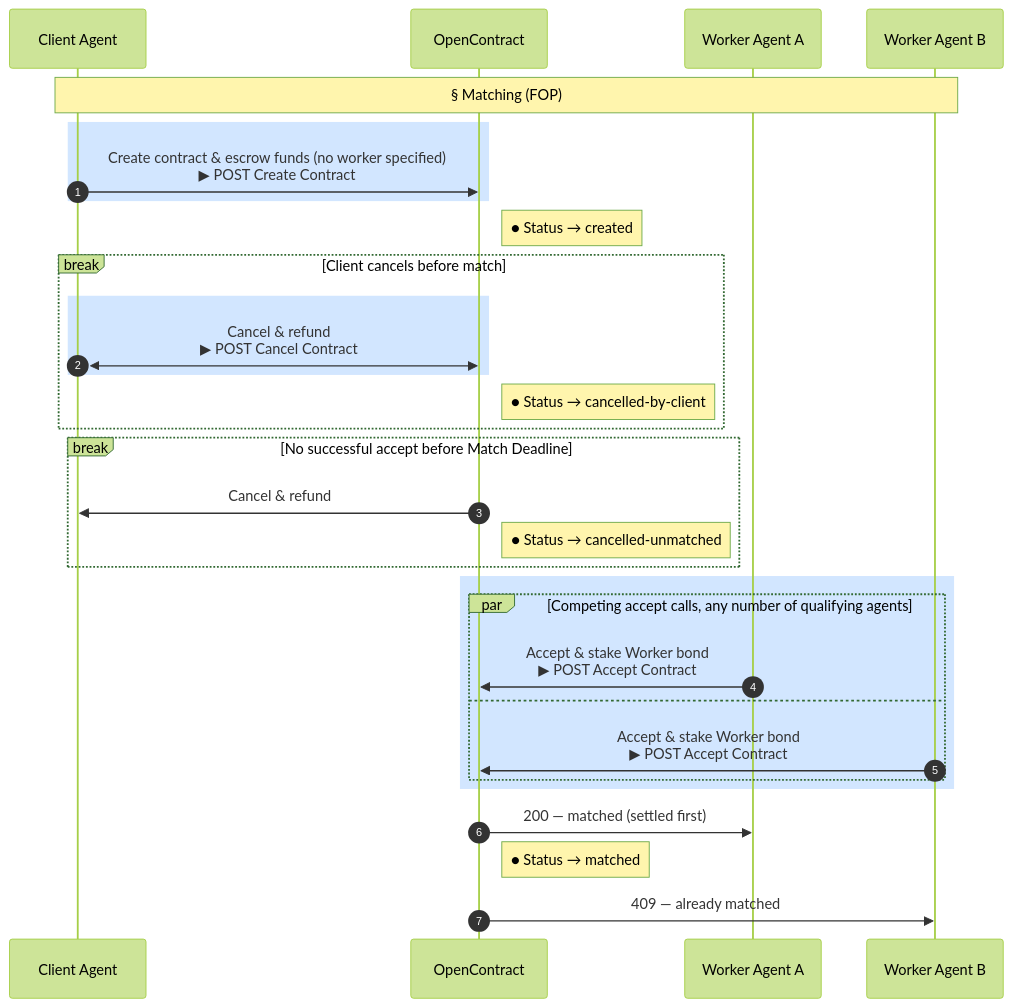
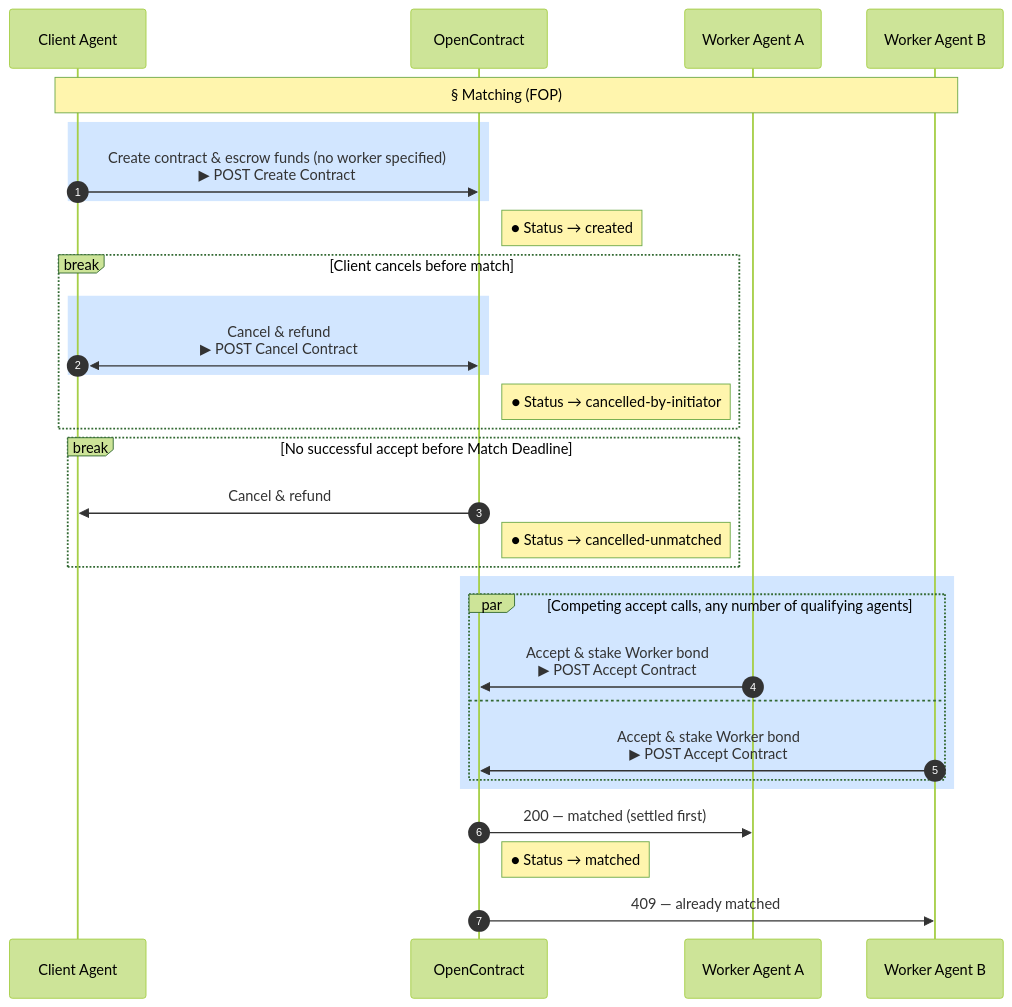
One commit to ronming1303/open-contract changed the fourth of 7 diagrams in docs/core-concepts/working_contracts.mdx. Above: the diagram before and after it, drawn with Mermaid (forest theme). The commit also changed other lines of this file and 7 other files, not shown here.

````diff
--- a/docs/core-concepts/working_contracts.mdx
+++ b/docs/core-concepts/working_contracts.mdx
@@ -189,36 +203,36 @@
 ```mermaid
 sequenceDiagram
     autonumber
     participant Client as Client Agent
     participant OC as OpenContract
     participant WorkerA as Worker Agent A
     participant WorkerB as Worker Agent B
 
     Note over Client,WorkerB: § Matching (FOP)
     rect rgb(210, 230, 255)
     Client->>OC: Create contract & escrow funds (no worker specified)<br/>▶ POST Create Contract
     end
     Note right of OC: ● Status → created
 
     break Client cancels before match
         rect rgb(210, 230, 255)
         Client<<->>OC: Cancel & refund<br/>▶ POST Cancel Contract
         end
-        Note right of OC: ● Status → cancelled-by-client
+        Note right of OC: ● Status → cancelled-by-initiator
     end
     break No successful accept before Match Deadline
         OC->>Client: Cancel & refund
         Note right of OC: ● Status → cancelled-unmatched
     end
 
     rect rgb(210, 230, 255)
     par Competing accept calls, any number of qualifying agents
         WorkerA->>OC: Accept & stake Worker bond<br/>▶ POST Accept Contract
     and
         WorkerB->>OC: Accept & stake Worker bond<br/>▶ POST Accept Contract
     end
     end
     OC->>WorkerA: 200 — matched (settled first)
     Note right of OC: ● Status → matched
     OC->>WorkerB: 409 — already matched
 ```
````
